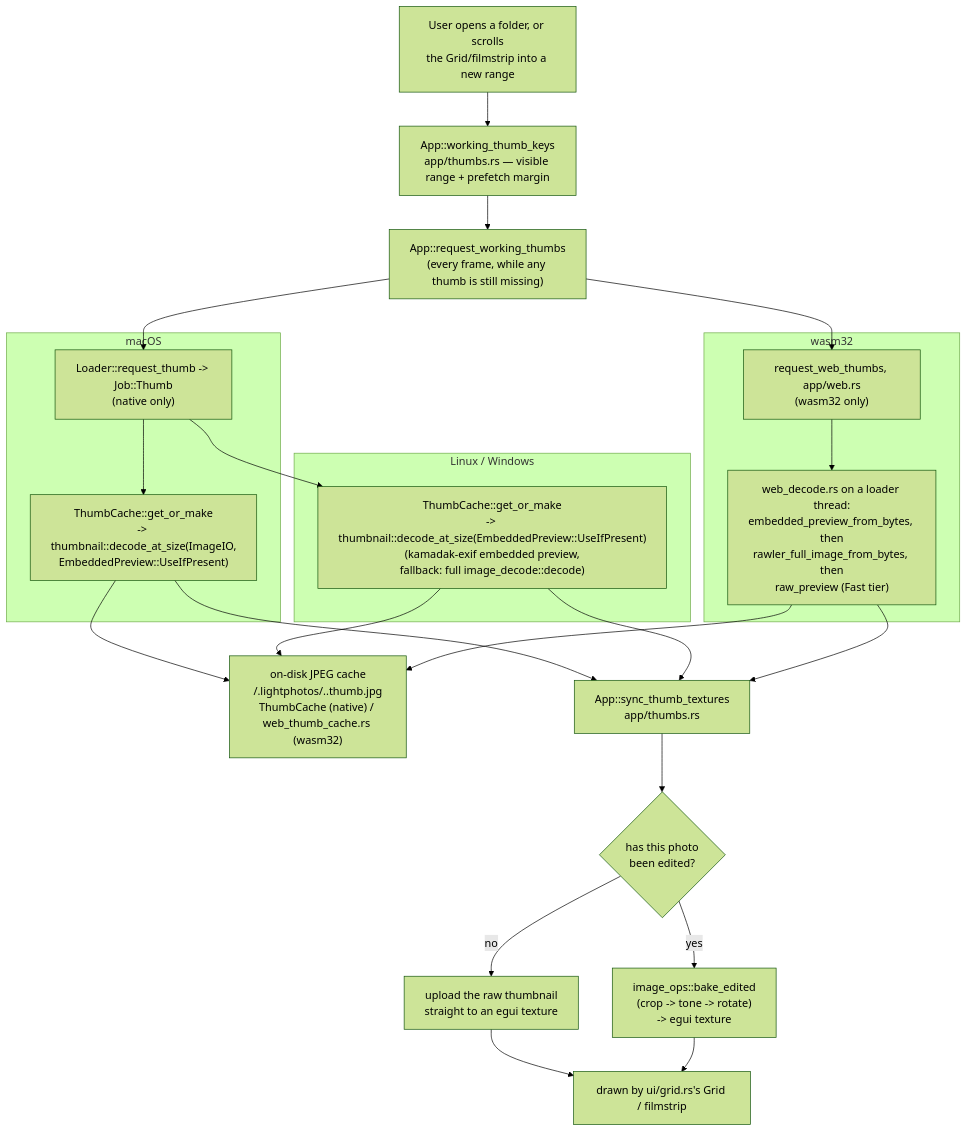
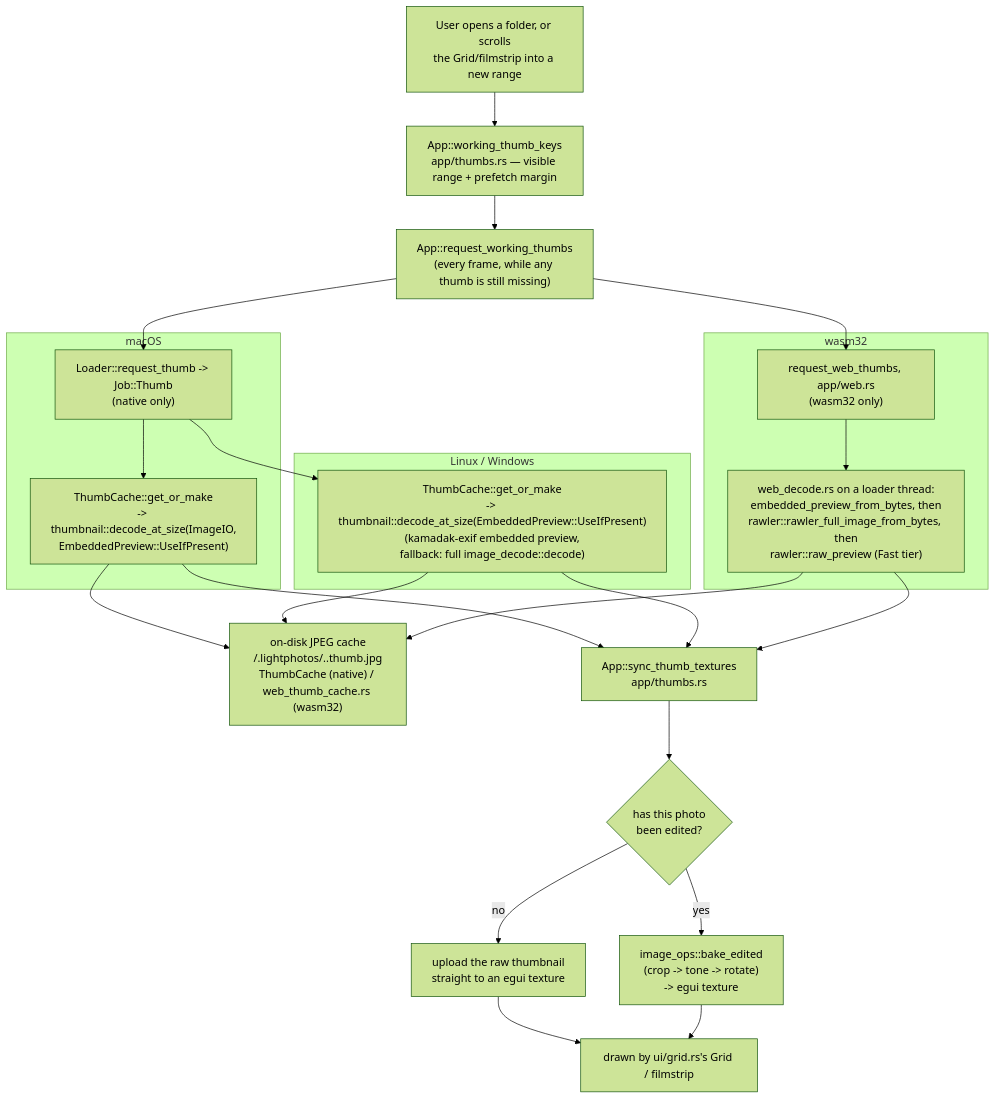
The second of 4 diagrams in docs/ARCHITECTURE.md (andrewyao/lightphotos), drawn with Mermaid (forest theme) before and after one commit. The commit also changed other lines of this file and 1 other file, not shown here.

First line of the commit message:
docs: Show decode/rawler/ as its own node in the diagrams

````diff
--- a/docs/ARCHITECTURE.md
+++ b/docs/ARCHITECTURE.md
@@ -134,33 +134,33 @@
 ```mermaid
 flowchart TD
     folder["User opens a folder, or scrolls\nthe Grid/filmstrip into a new range"]
     folder --> working["App::working_thumb_keys\napp/thumbs.rs — visible range + prefetch margin"]
     working --> reqthumb["App::request_working_thumbs\n(every frame, while any thumb is still missing)"]
 
     reqthumb --> nativeq["Loader::request_thumb -> Job::Thumb\n(native only)"]
     reqthumb --> webq["request_web_thumbs, app/web.rs\n(wasm32 only)"]
 
     subgraph mac2["macOS"]
         nativeq --> mact["ThumbCache::get_or_make\n-> thumbnail::decode_at_size(ImageIO,\nEmbeddedPreview::UseIfPresent)"]
     end
     subgraph other2["Linux / Windows"]
         nativeq --> othct["ThumbCache::get_or_make\n-> thumbnail::decode_at_size(EmbeddedPreview::UseIfPresent)\n(kamadak-exif embedded preview,\nfallback: full image_decode::decode)"]
     end
     subgraph web2["wasm32"]
-        webq --> webct["web_decode.rs on a loader thread:\nembedded_preview_from_bytes, then\nrawler_full_image_from_bytes, then\nraw_preview (Fast tier)"]
+        webq --> webct["web_decode.rs on a loader thread:\nembedded_preview_from_bytes, then\nrawler::rawler_full_image_from_bytes, then\nrawler::raw_preview (Fast tier)"]
     end
 
     mact --> disk["on-disk JPEG cache\n<photo dir>/.lightphotos/<photo>.<key>.thumb.jpg\nThumbCache (native) / web_thumb_cache.rs (wasm32)"]
     othct --> disk
     webct --> disk
 
     mact --> sync["App::sync_thumb_textures\napp/thumbs.rs"]
     othct --> sync
     webct --> sync
 
     sync --> bake{"has this photo\nbeen edited?"}
     bake -- "no" --> rawtex["upload the raw thumbnail\nstraight to an egui texture"]
     bake -- "yes" --> baked["image_ops::bake_edited\n(crop -> tone -> rotate)\n-> egui texture"]
     rawtex --> grid["drawn by ui/grid.rs's Grid / filmstrip"]
     baked --> grid
 ```
````
